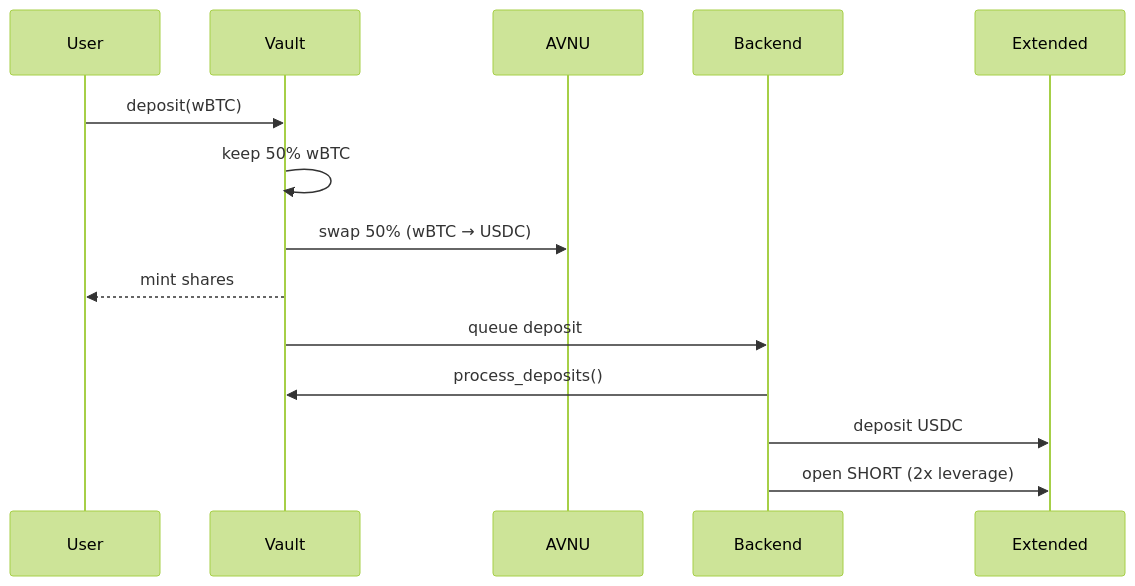
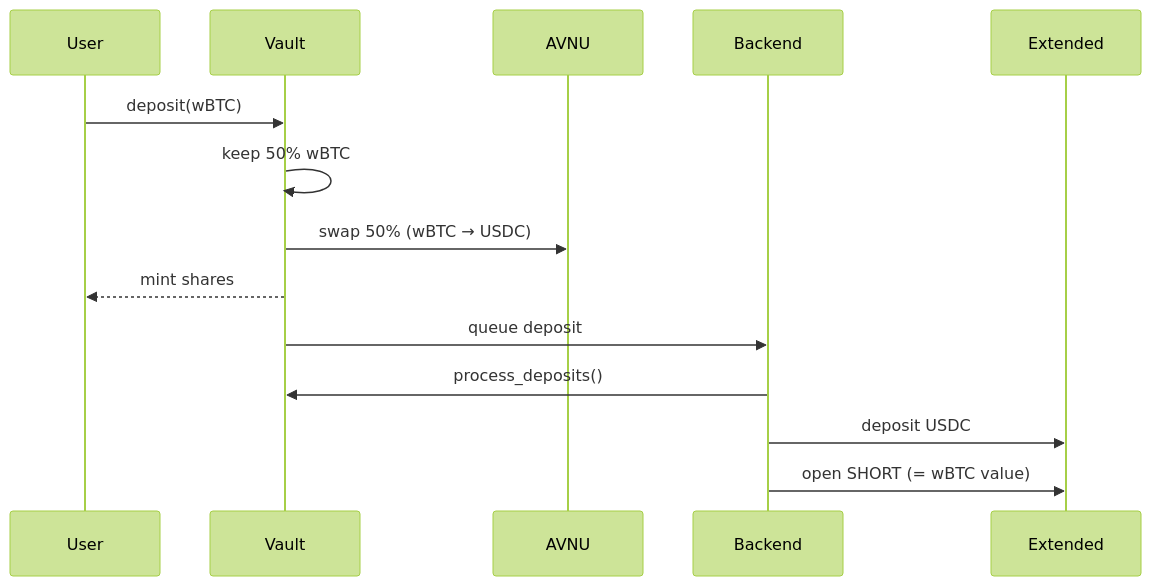
The first of 2 diagrams in docs/02-how-it-works.md (adrianvrj/unbound), drawn with Mermaid (forest theme) before and after one commit. The commit also changed other lines of this file and 2 other files, not shown here.

````diff
--- a/docs/02-how-it-works.md
+++ b/docs/02-how-it-works.md
@@ -29,17 +29,17 @@
 ```mermaid
 sequenceDiagram
     participant User
     participant Vault
     participant AVNU
     participant Backend
     participant Extended
 
     User->>Vault: deposit(wBTC)
     Vault->>Vault: keep 50% wBTC
     Vault->>AVNU: swap 50% (wBTC → USDC)
     Vault-->>User: mint shares
     Vault->>Backend: queue deposit
     Backend->>Vault: process_deposits()
     Backend->>Extended: deposit USDC
-    Backend->>Extended: open SHORT (2x leverage)
+    Backend->>Extended: open SHORT (= wBTC value)
 ```
````
